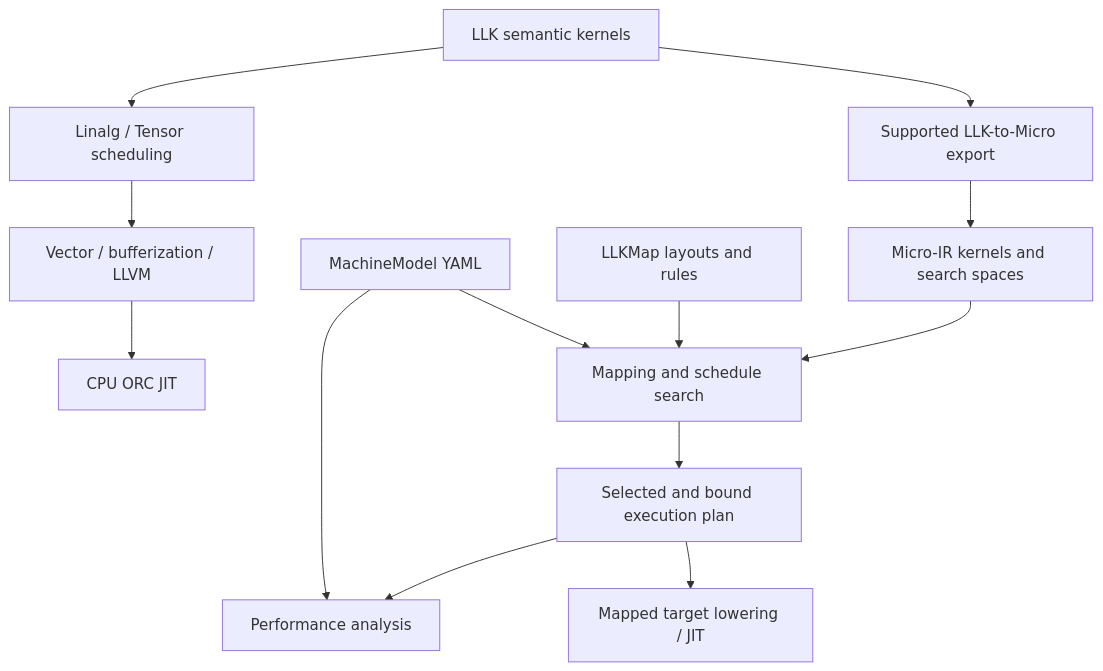
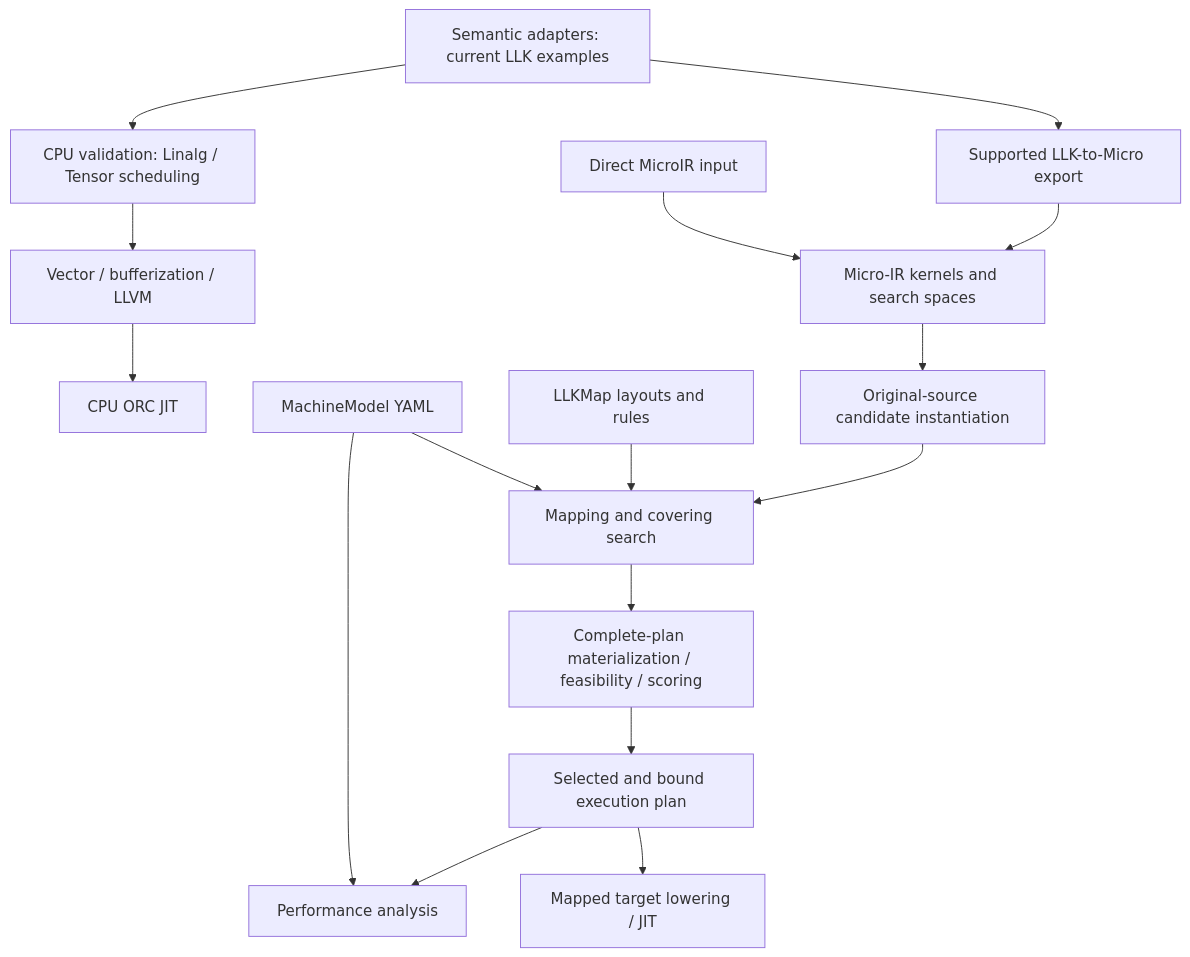
The diagram in README.md (skg7on/DSLCompiler), drawn with Mermaid before and after one commit. The commit also changed other lines of this file and 32 other files, not shown here.

Commit message:
docs: reframe project as generic MicroIR mapping and search framework

````diff
--- a/README.md
+++ b/README.md
@@ -23,15 +25,18 @@
 ```mermaid
 flowchart TD
-    LLK[LLK semantic kernels] --> CPU[Linalg / Tensor scheduling]
+    LLK[Semantic adapters: current LLK examples] --> CPU[CPU validation: Linalg / Tensor scheduling]
     CPU --> Vector[Vector / bufferization / LLVM]
     Vector --> JIT[CPU ORC JIT]
     LLK --> Export[Supported LLK-to-Micro export]
     Export --> Micro[Micro-IR kernels and search spaces]
-    Micro --> Map[Mapping and schedule search]
+    Direct[Direct MicroIR input] --> Micro
+    Micro --> Candidate[Original-source candidate instantiation]
+    Candidate --> Map[Mapping and covering search]
     Policy[LLKMap layouts and rules] --> Map
     Machine[MachineModel YAML] --> Map
-    Map --> Plan[Selected and bound execution plan]
+    Map --> Feasible[Complete-plan materialization / feasibility / scoring]
+    Feasible --> Plan[Selected and bound execution plan]
     Plan --> Perf[Performance analysis]
     Machine --> Perf
     Plan --> Backend[Mapped target lowering / JIT]
 ```
````
